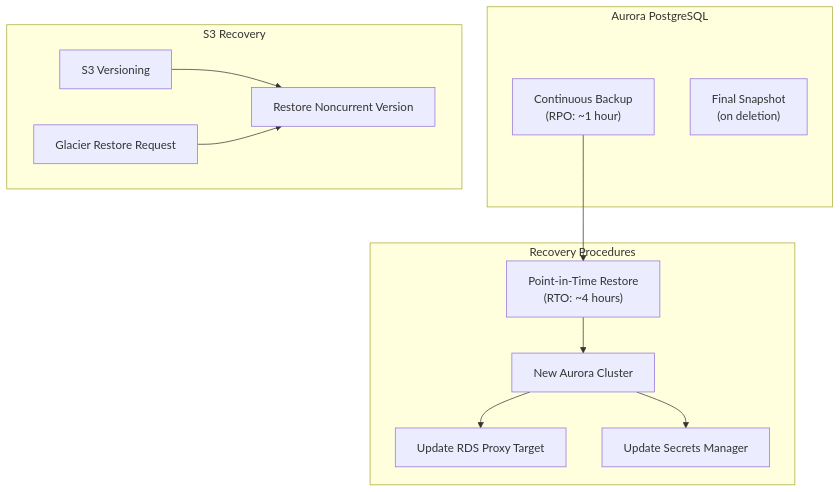
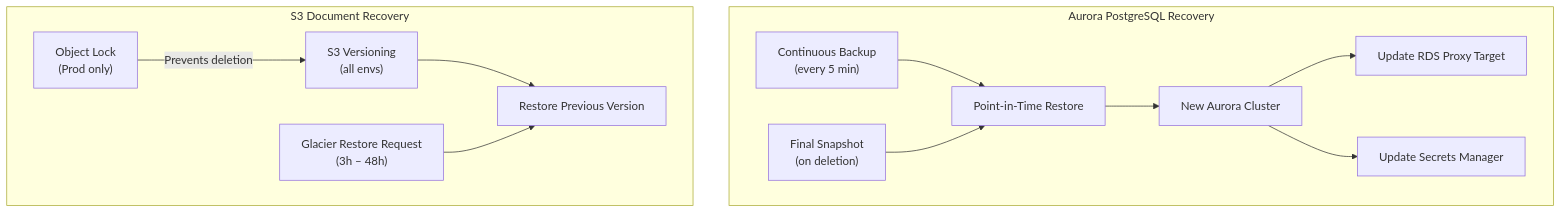
The seventh of 10 diagrams in docs/ARCHITECTURE.md (kumarmedasani/invoice-document-storage), drawn with Mermaid before and after one commit. The commit also changed other lines of this file and 8 other files, not shown here.

````diff
--- a/docs/ARCHITECTURE.md
+++ b/docs/ARCHITECTURE.md
@@ -110,28 +354,28 @@
 ```mermaid
 graph TD
-    subgraph Aurora["Aurora PostgreSQL"]
-        CB["Continuous Backup<br/>(RPO: ~1 hour)"]
+    subgraph Aurora["Aurora PostgreSQL Recovery"]
+        CB["Continuous Backup<br/>(every 5 min)"]
         FS["Final Snapshot<br/>(on deletion)"]
-    end
-
-    subgraph Recovery["Recovery Procedures"]
-        PITR["Point-in-Time Restore<br/>(RTO: ~4 hours)"]
+        PITR["Point-in-Time Restore"]
         NewCluster["New Aurora Cluster"]
         UpdateProxy["Update RDS Proxy Target"]
         UpdateSecrets["Update Secrets Manager"]
     end
 
-    subgraph S3Recovery["S3 Recovery"]
-        Versioning["S3 Versioning"]
-        RestoreVersion["Restore Noncurrent Version"]
-        GlacierRestore["Glacier Restore Request"]
+    subgraph S3Recovery["S3 Document Recovery"]
+        Versioning["S3 Versioning<br/>(all envs)"]
+        ObjectLock["Object Lock<br/>(Prod only)"]
+        RestoreVersion["Restore Previous Version"]
+        GlacierRestore["Glacier Restore Request<br/>(3h – 48h)"]
     end
 
     CB --> PITR
+    FS --> PITR
     PITR --> NewCluster
     NewCluster --> UpdateProxy
     NewCluster --> UpdateSecrets
 
     Versioning --> RestoreVersion
+    ObjectLock -->|Prevents deletion| Versioning
     GlacierRestore --> RestoreVersion
 ```
````
